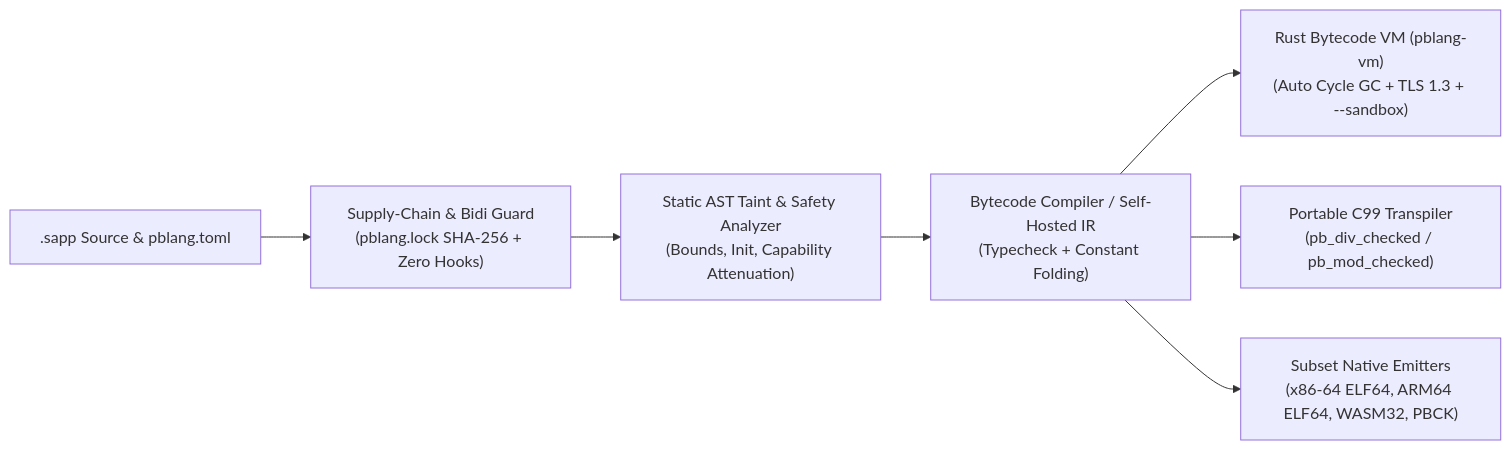
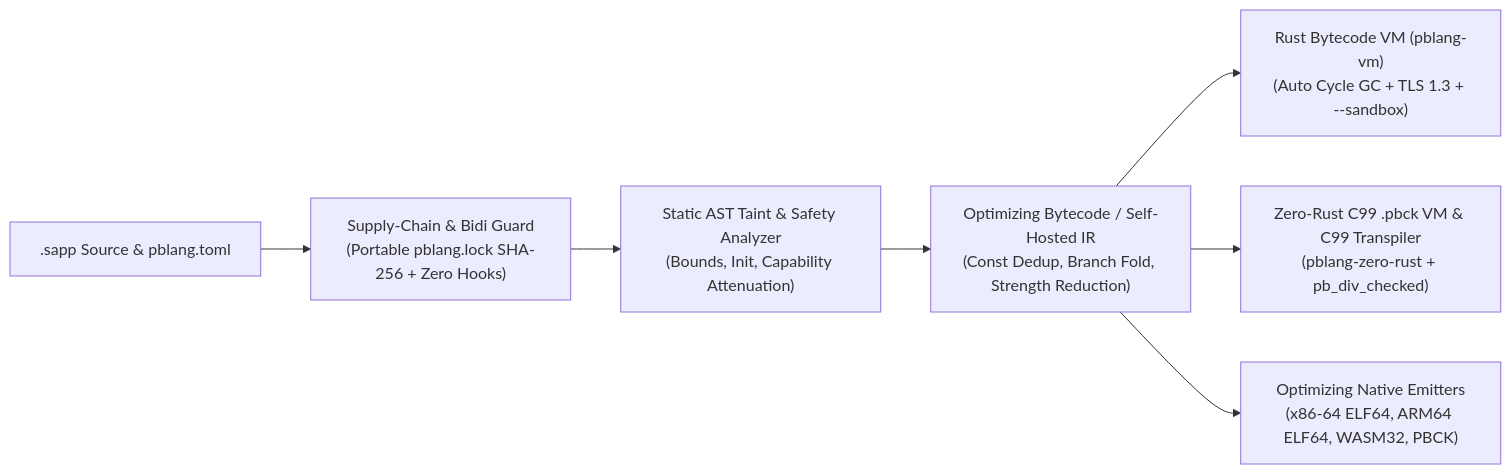
The diagram in README.md (PanosBiazis/pblang), drawn with Mermaid before and after one commit. The commit also changed other lines of this file and 23 other files, not shown here.

Commit message:
Release v1.5.0: Stage-3 Zero-Rust C99 .pbck VM, polymorphic pblang update & portable lockfiles, compiler optimizations, and scientific/quantum/DNA/ML-KEM-768 stdlib

````diff
--- a/README.md
+++ b/README.md
@@ -145,9 +164,9 @@
 ```mermaid
 flowchart LR
-    A[".sapp Source & pblang.toml"] --> B["Supply-Chain & Bidi Guard\n(pblang.lock SHA-256 + Zero Hooks)"]
+    A[".sapp Source & pblang.toml"] --> B["Supply-Chain & Bidi Guard\n(Portable pblang.lock SHA-256 + Zero Hooks)"]
     B --> C["Static AST Taint & Safety Analyzer\n(Bounds, Init, Capability Attenuation)"]
-    C --> D["Bytecode Compiler / Self-Hosted IR\n(Typecheck + Constant Folding)"]
+    C --> D["Optimizing Bytecode / Self-Hosted IR\n(Const Dedup, Branch Fold, Strength Reduction)"]
     D --> E1["Rust Bytecode VM (pblang-vm)\n(Auto Cycle GC + TLS 1.3 + --sandbox)"]
-    D --> E2["Portable C99 Transpiler\n(pb_div_checked / pb_mod_checked)"]
-    D --> E3["Subset Native Emitters\n(x86-64 ELF64, ARM64 ELF64, WASM32, PBCK)"]
+    D --> E2["Zero-Rust C99 .pbck VM & C99 Transpiler\n(pblang-zero-rust + pb_div_checked)"]
+    D --> E3["Optimizing Native Emitters\n(x86-64 ELF64, ARM64 ELF64, WASM32, PBCK)"]
 ```
````
